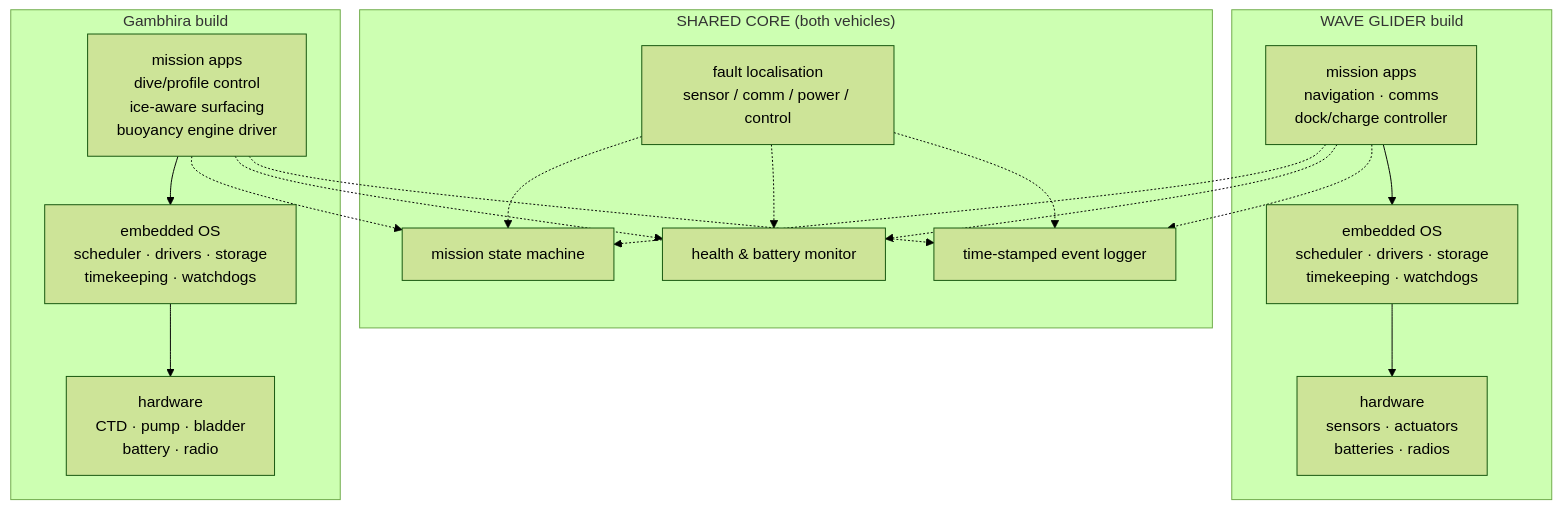
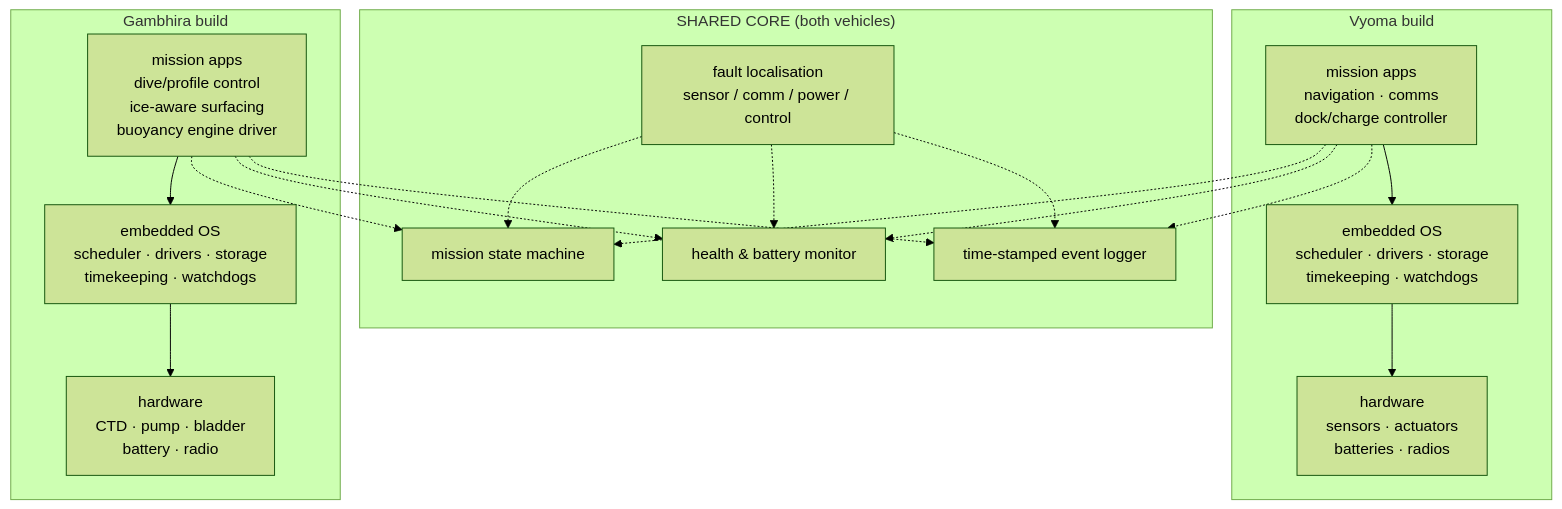
Diagram 17 of 34 in README.md (DAnuraag/Dhakshin), drawn with Mermaid (forest theme) before and after one commit. The commit also changed other lines of this file, not shown here.

````diff
--- a/README.md
+++ b/README.md
@@ -2660,30 +2660,30 @@
 ```mermaid
 flowchart TB
-    subgraph WG["WAVE GLIDER build"]
+    subgraph WG["Vyoma build"]
         WGA["mission apps<br/>navigation · comms<br/>dock/charge controller"]
         WGO["embedded OS<br/>scheduler · drivers · storage<br/>timekeeping · watchdogs"]
         WGH["hardware<br/>sensors · actuators<br/>batteries · radios"]
         WGA --> WGO --> WGH
     end
     subgraph CORE["SHARED CORE (both vehicles)"]
         SM["mission state machine"]
         HM["health & battery monitor"]
         LG["time-stamped event logger"]
         FL["fault localisation<br/>sensor / comm / power / control"]
     end
     subgraph AF["Gambhira build"]
         AFA["mission apps<br/>dive/profile control<br/>ice-aware surfacing<br/>buoyancy engine driver"]
         AFO["embedded OS<br/>scheduler · drivers · storage<br/>timekeeping · watchdogs"]
         AFH["hardware<br/>CTD · pump · bladder<br/>battery · radio"]
         AFA --> AFO --> AFH
     end
     WGA -.-> SM
     WGA -.-> HM
     WGA -.-> LG
     AFA -.-> SM
     AFA -.-> HM
     AFA -.-> LG
     FL -.-> SM
     FL -.-> HM
     FL -.-> LG
 ```
````
